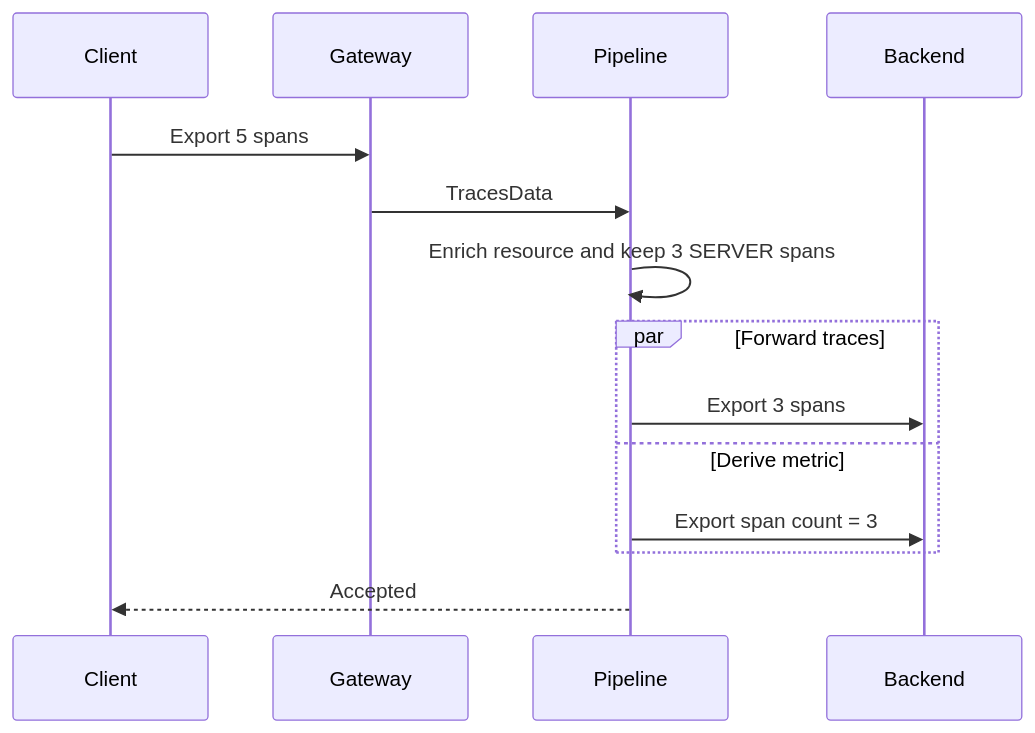
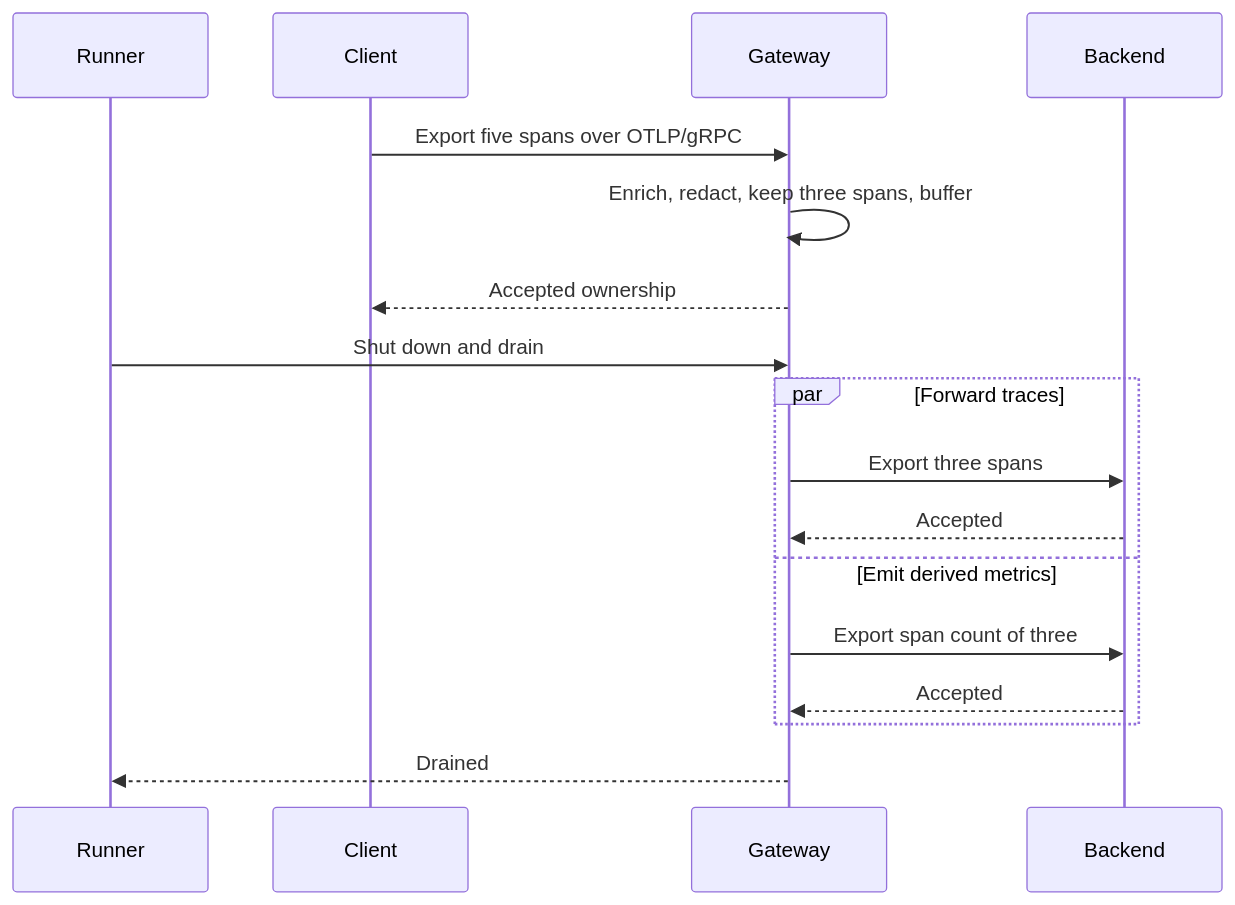
The diagram in otlp4j-samples/README.md (thiagogcm/otlp4j), drawn with Mermaid before and after one commit. The commit also changed other lines of this file and 17 other files, not shown here.

````diff
--- a/otlp4j-samples/README.md
+++ b/otlp4j-samples/README.md
@@ -7,17 +29,19 @@
 ```mermaid
 sequenceDiagram
+    participant Runner
     participant Client
     participant Gateway
-    participant Pipeline
     participant Backend
-
-    Client->>Gateway: Export 5 spans
-    Gateway->>Pipeline: TracesData
-    Pipeline->>Pipeline: Enrich resource and keep 3 SERVER spans
+    Client->>Gateway: Export five spans over OTLP/gRPC
+    Gateway->>Gateway: Enrich, redact, keep three spans, buffer
+    Gateway-->>Client: Accepted ownership
+    Runner->>Gateway: Shut down and drain
     par Forward traces
-        Pipeline->>Backend: Export 3 spans
-    and Derive metric
-        Pipeline->>Backend: Export span count = 3
+        Gateway->>Backend: Export three spans
+        Backend-->>Gateway: Accepted
+    and Emit derived metrics
+        Gateway->>Backend: Export span count of three
+        Backend-->>Gateway: Accepted
     end
-    Pipeline-->>Client: Accepted
+    Gateway-->>Runner: Drained
 ```
````
